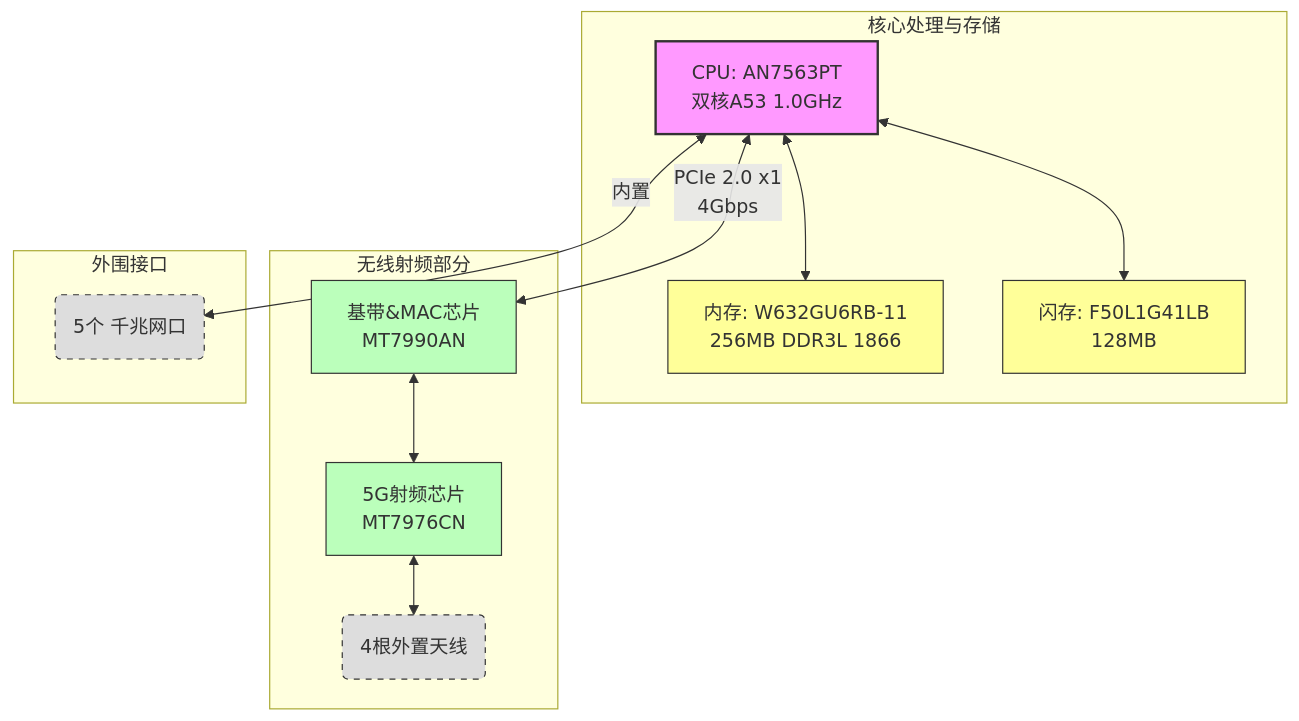
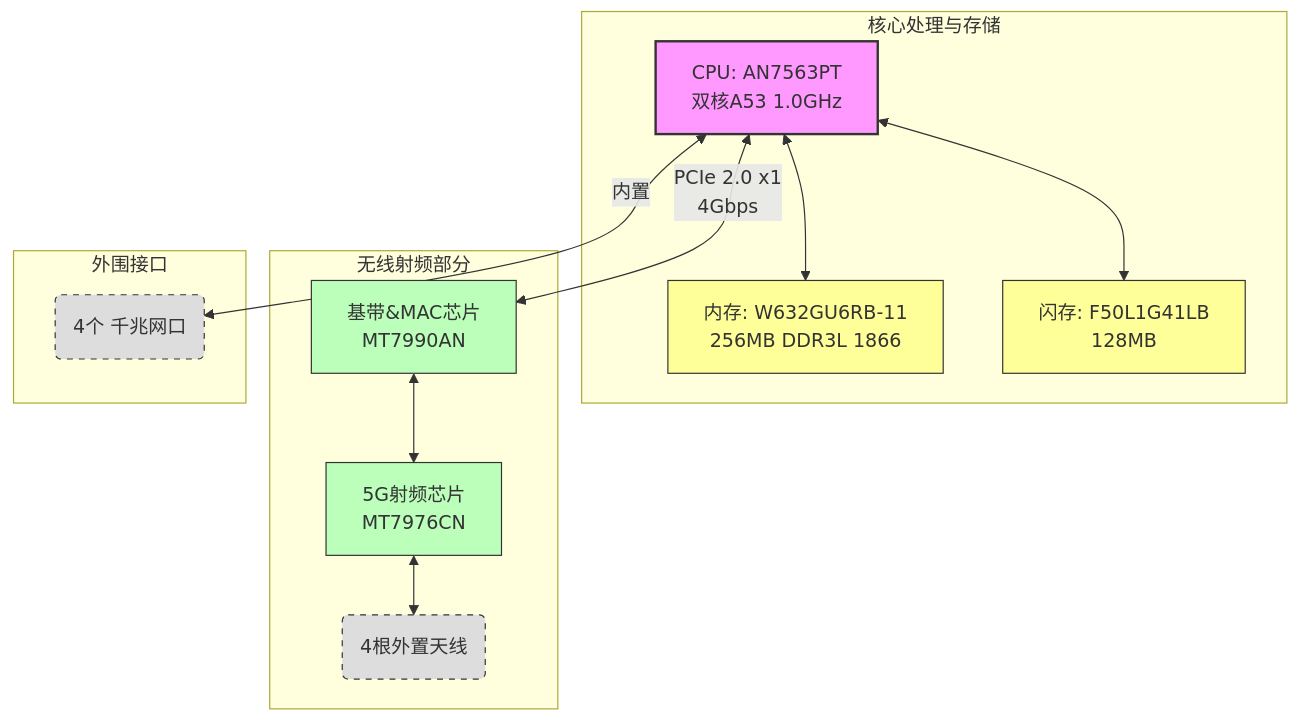
The diagram in source/_posts/diagram-xiaomi-rd16/diagram-xiaomi-rd16.mermaid (Caveinr/Caveinr.github.io), drawn with Mermaid before and after one commit. The commit also changed 2 other files, not shown here.

Commit message:
correct inaccurate specs and add missing details in diagram-xiaomi-rd16

```diff
--- a/source/_posts/diagram-xiaomi-rd16/diagram-xiaomi-rd16.mermaid
+++ b/source/_posts/diagram-xiaomi-rd16/diagram-xiaomi-rd16.mermaid
@@ -1,36 +1,36 @@
 graph TD
     %% 定义样式
     classDef core fill:#f9f,stroke:#333,stroke-width:2px;
     classDef memory fill:#ff9,stroke:#333,stroke-width:1px;
     classDef network fill:#bbf,stroke:#333,stroke-width:1px;
     classDef wireless fill:#bfb,stroke:#333,stroke-width:1px;
     classDef interface fill:#ddd,stroke:#333,stroke-width:1px,stroke-dasharray: 5 5;
 
     subgraph 核心处理与存储
         CPU[CPU: AN7563PT<br>双核A53 1.0GHz]:::core
         RAM[内存: W632GU6RB-11<br>256MB DDR3L 1866]:::memory
         Flash[闪存: F50L1G41LB<br>128MB]:::memory
     end
 
     subgraph 无线射频部分
         MACBB[基带&MAC芯片<br>MT7990AN]:::wireless
         RF5G[5G射频芯片<br>MT7976CN]:::wireless
         
         Antenna(4根外置天线):::interface
     end
     
     subgraph 外围接口
-        Ports1G(5个 千兆网口):::interface
+        Ports1G(4个 千兆网口):::interface
     end
 
     %% 连接关系 - 存储
     CPU <--> RAM
     CPU <--> Flash
     
     %% 连接关系 - 有线网络
     CPU <-->|内置| Ports1G
     
     %% 连接关系 - 无线射频
     CPU <-->|PCIe 2.0 x1<br>4Gbps| MACBB
     MACBB <--> RF5G
     RF5G <--> Antenna
```
